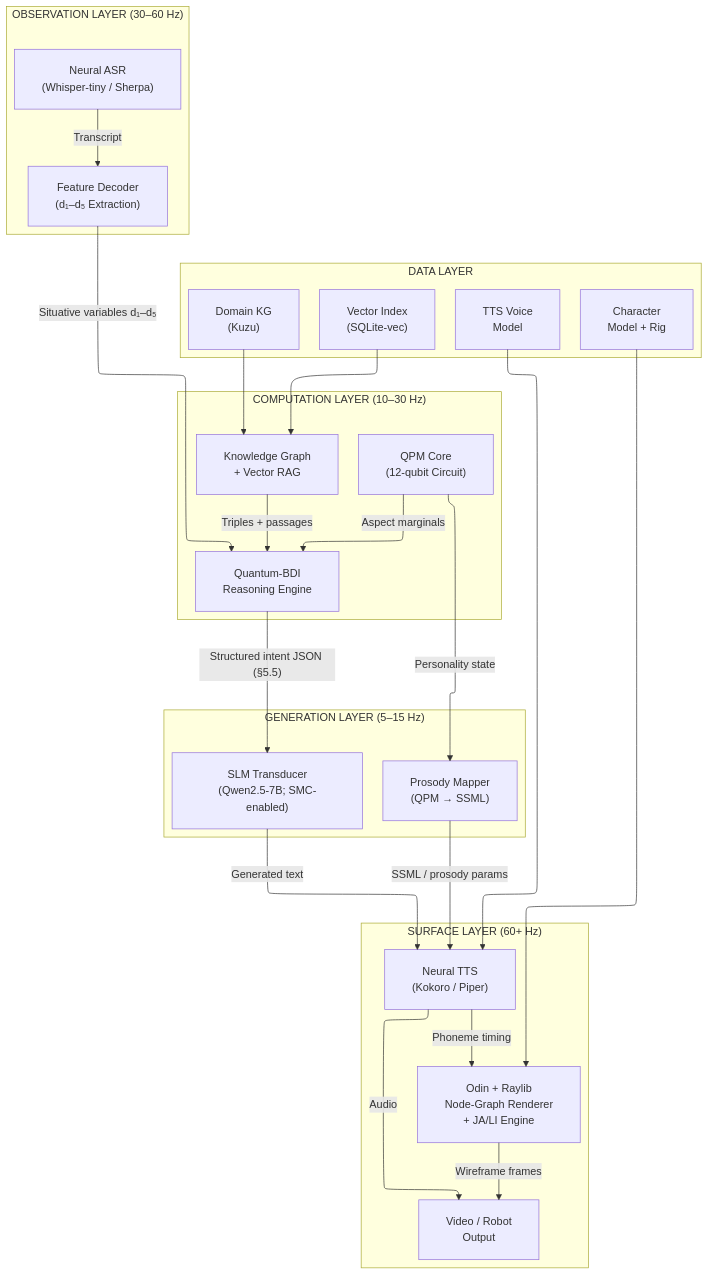
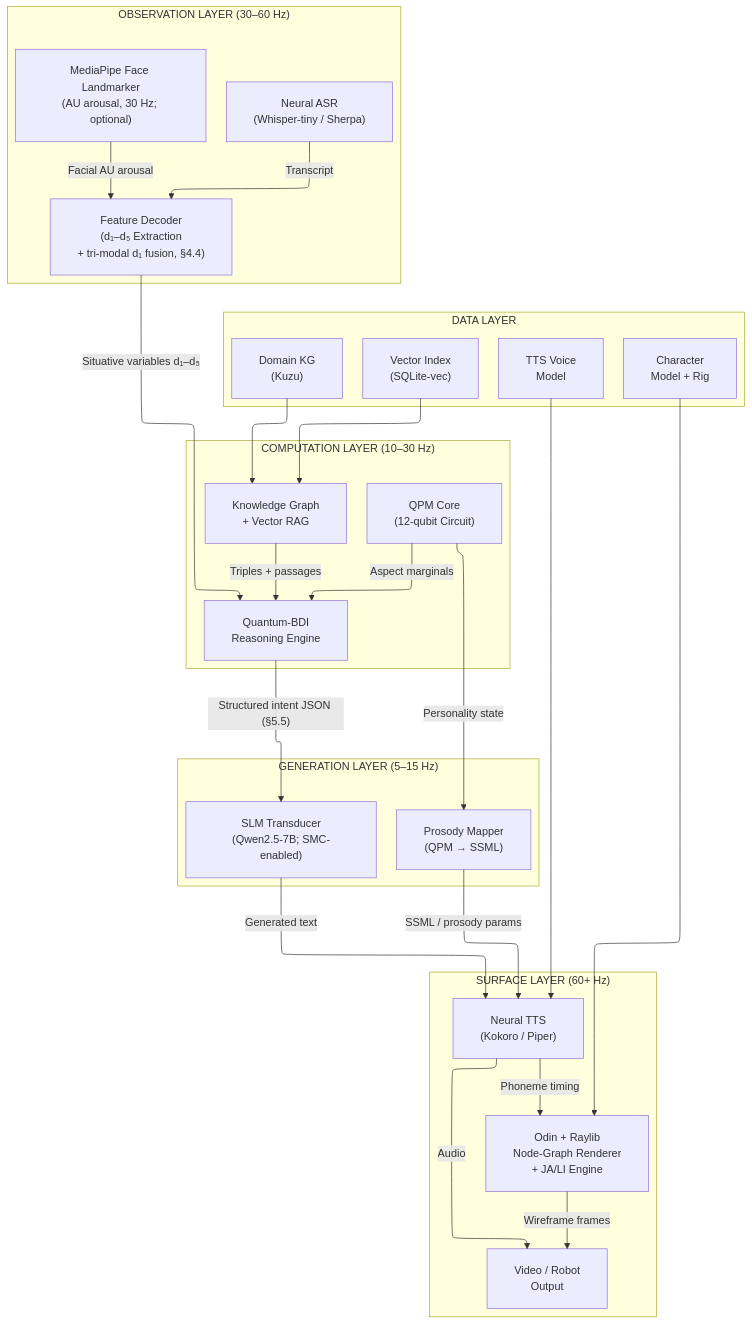
Before and after one commit to JustForCodin/Centaurian_Architecture_Implementation: diagram 12 of 19 in Centaurian_Architecture_v3.md, drawn with Mermaid. The commit also changed other lines of this file, not shown here.

First line of the commit message:
v3 paper: add MediaPipe webcam observation channel for d₁ fusion

````diff
--- a/Centaurian_Architecture_v3.md
+++ b/Centaurian_Architecture_v3.md
@@ -1411,50 +1479,52 @@
 ```mermaid
 %%{init: {"flowchart": {"defaultRenderer": "elk", "nodeSpacing": 70, "rankSpacing": 110, "padding": 20}} }%%
 graph TB
     subgraph OBSERVATION ["OBSERVATION LAYER (30–60 Hz)"]
         direction LR
         ASR["Neural ASR<br/>(Whisper-tiny / Sherpa)"]
-        FEAT["Feature Decoder<br/>(d₁–d₅ Extraction)"]
+        MP_OBS["MediaPipe Face Landmarker<br/>(AU arousal, 30 Hz; optional)"]
+        FEAT["Feature Decoder<br/>(d₁–d₅ Extraction<br/>+ tri-modal d₁ fusion, §4.4)"]
         ASR -->|"Transcript"| FEAT
+        MP_OBS -->|"Facial AU arousal"| FEAT
     end
     subgraph COMPUTATION ["COMPUTATION LAYER (10–30 Hz)"]
         direction LR
         KG_MAIN["Knowledge Graph<br/>+ Vector RAG"]
         BDI_MAIN["Quantum-BDI<br/>Reasoning Engine"]
         QPM_MAIN["QPM Core<br/>(12-qubit Circuit)"]
         KG_MAIN -->|"Triples + passages"| BDI_MAIN
         QPM_MAIN -->|"Aspect marginals"| BDI_MAIN
     end
     subgraph GENERATION ["GENERATION LAYER (5–15 Hz)"]
         direction LR
         SLM_MAIN["SLM Transducer<br/>(Qwen2.5-7B; SMC-enabled)"]
         PROSODY["Prosody Mapper<br/>(QPM → SSML)"]
     end
     subgraph SURFACE ["SURFACE LAYER (60+ Hz)"]
         direction LR
         RENDERER["Odin + Raylib<br/>Node-Graph Renderer<br/>+ JA/LI Engine"]
         TTS_OUT["Neural TTS<br/>(Kokoro / Piper)"]
         DISPLAY["Video / Robot<br/>Output"]
         TTS_OUT -->|"Audio"| DISPLAY
         RENDERER -->|"Wireframe frames"| DISPLAY
     end
     subgraph DATA ["DATA LAYER"]
         direction LR
         KG_DB["Domain KG<br/>(Kuzu)"]
         VEC_DB["Vector Index<br/>(SQLite-vec)"]
         VOICE_DB["TTS Voice<br/>Model"]
         ANIM_DB["Character<br/>Model + Rig"]
     end
 
     FEAT -->|"Situative variables d₁–d₅"| BDI_MAIN
     BDI_MAIN -->|"Structured intent JSON (§5.5)"| SLM_MAIN
     QPM_MAIN -->|"Personality state"| PROSODY
     SLM_MAIN -->|"Generated text"| TTS_OUT
     PROSODY -->|"SSML / prosody params"| TTS_OUT
     TTS_OUT -->|"Phoneme timing"| RENDERER
 
     KG_DB --> KG_MAIN
     VEC_DB --> KG_MAIN
     VOICE_DB --> TTS_OUT
     ANIM_DB --> RENDERER
 ```
````
